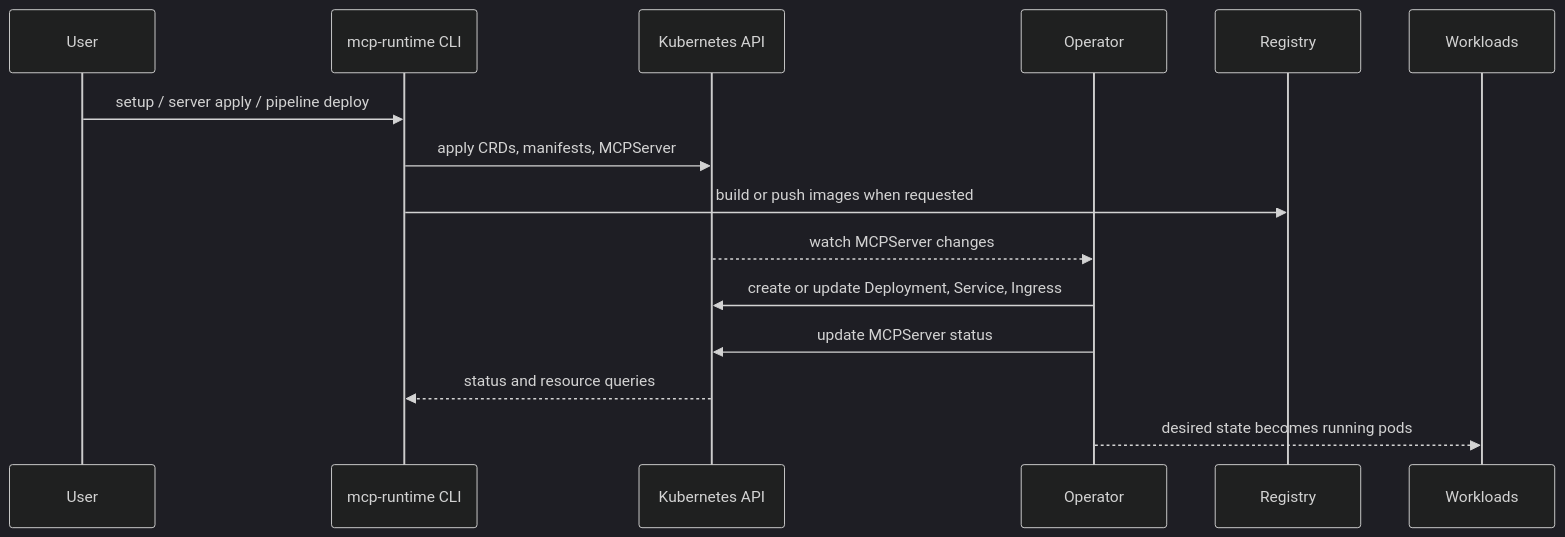
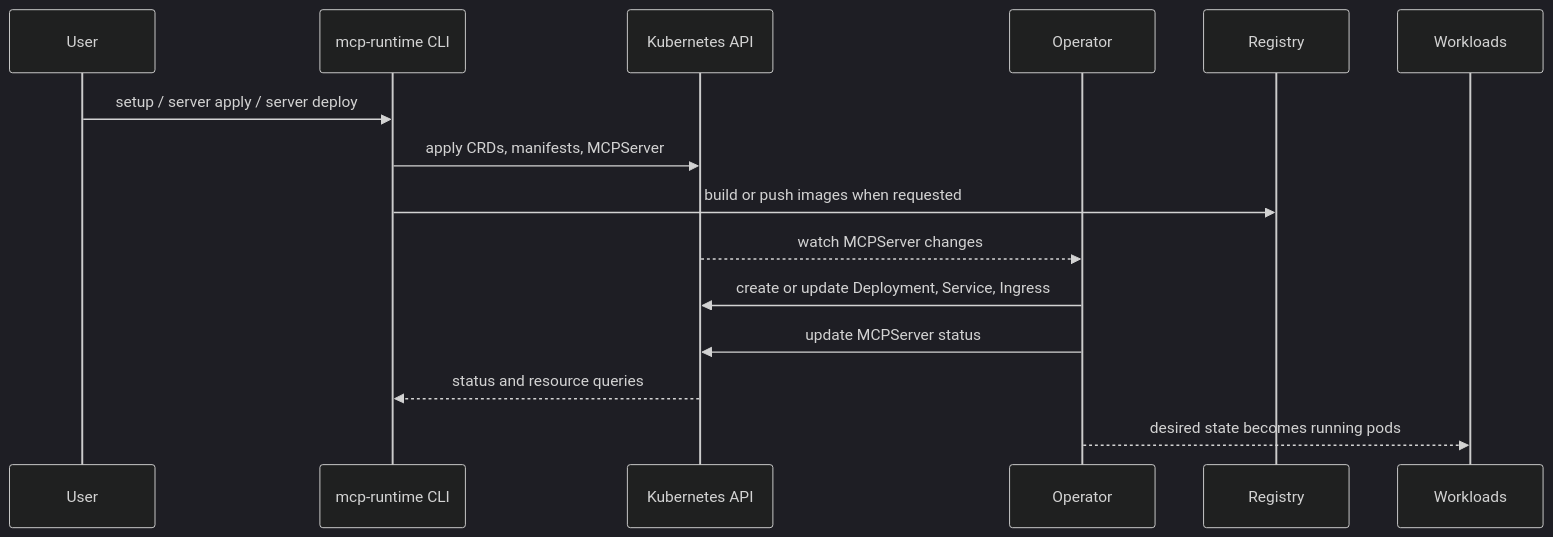
The second of 4 diagrams in docs/internals/README.md (Agent-Hellboy/mcp-runtime), drawn with Mermaid (dark theme) before and after one commit. The commit also changed 125 other files, not shown here.

First line of the commit message:
feat(cli): route user flows through platform API

````diff
--- a/docs/internals/README.md
+++ b/docs/internals/README.md
@@ -62,18 +62,18 @@
 ```mermaid
 sequenceDiagram
     participant U as User
     participant CLI as mcp-runtime CLI
     participant K as Kubernetes API
     participant O as Operator
     participant R as Registry
     participant W as Workloads
 
-    U->>CLI: setup / server apply / pipeline deploy
+    U->>CLI: setup / server apply / server deploy
     CLI->>K: apply CRDs, manifests, MCPServer
     CLI->>R: build or push images when requested
     K-->>O: watch MCPServer changes
     O->>K: create or update Deployment, Service, Ingress
     O->>K: update MCPServer status
     K-->>CLI: status and resource queries
     O-->>W: desired state becomes running pods
 ```
````
